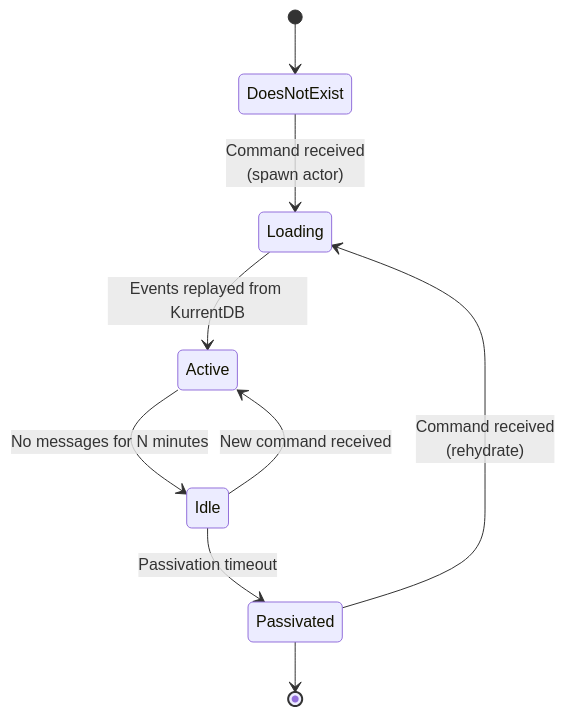
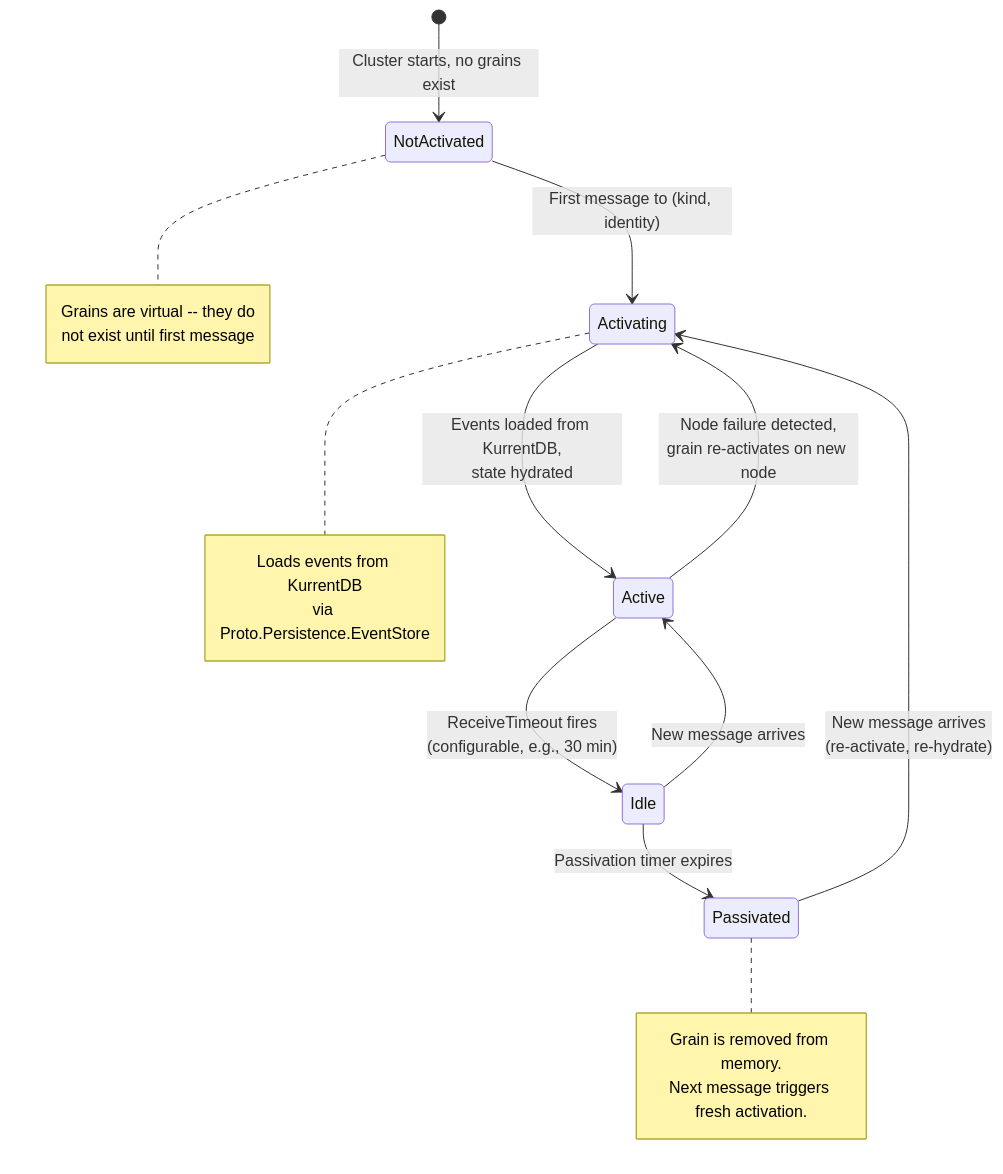
One commit to lekhasy/Vut changed the fifth of 19 diagrams in epics/01-epic-first-signin-org/architecture/architecture.md. Above: the diagram before and after it, drawn with Mermaid. The commit also changed other lines of this file and 4 other files, not shown here.

````diff
--- a/epics/01-epic-first-signin-org/architecture/architecture.md
+++ b/epics/01-epic-first-signin-org/architecture/architecture.md
@@ -407,11 +315,19 @@
 ```mermaid
 stateDiagram-v2
-    [*] --> DoesNotExist
-    DoesNotExist --> Loading: Command received<br/>(spawn actor)
-    Loading --> Active: Events replayed from KurrentDB
-    Active --> Idle: No messages for N minutes
-    Idle --> Active: New command received
-    Idle --> Passivated: Passivation timeout
-    Passivated --> Loading: Command received<br/>(rehydrate)
-    Passivated --> [*]
+    [*] --> NotActivated: Cluster starts, no grains exist
+
+    NotActivated --> Activating: First message to (kind, identity)
+    Activating --> Active: Events loaded from KurrentDB,<br/>state hydrated
+
+    Active --> Idle: ReceiveTimeout fires<br/>(configurable, e.g., 30 min)
+    Idle --> Active: New message arrives
+
+    Idle --> Passivated: Passivation timer expires
+    Passivated --> Activating: New message arrives<br/>(re-activate, re-hydrate)
+
+    Active --> Activating: Node failure detected,<br/>grain re-activates on new node
+
+    note right of NotActivated: Grains are virtual -- they do<br/>not exist until first message
+    note right of Activating: Loads events from KurrentDB<br/>via Proto.Persistence.EventStore
+    note right of Passivated: Grain is removed from memory.<br/>Next message triggers fresh activation.
 ```
````
